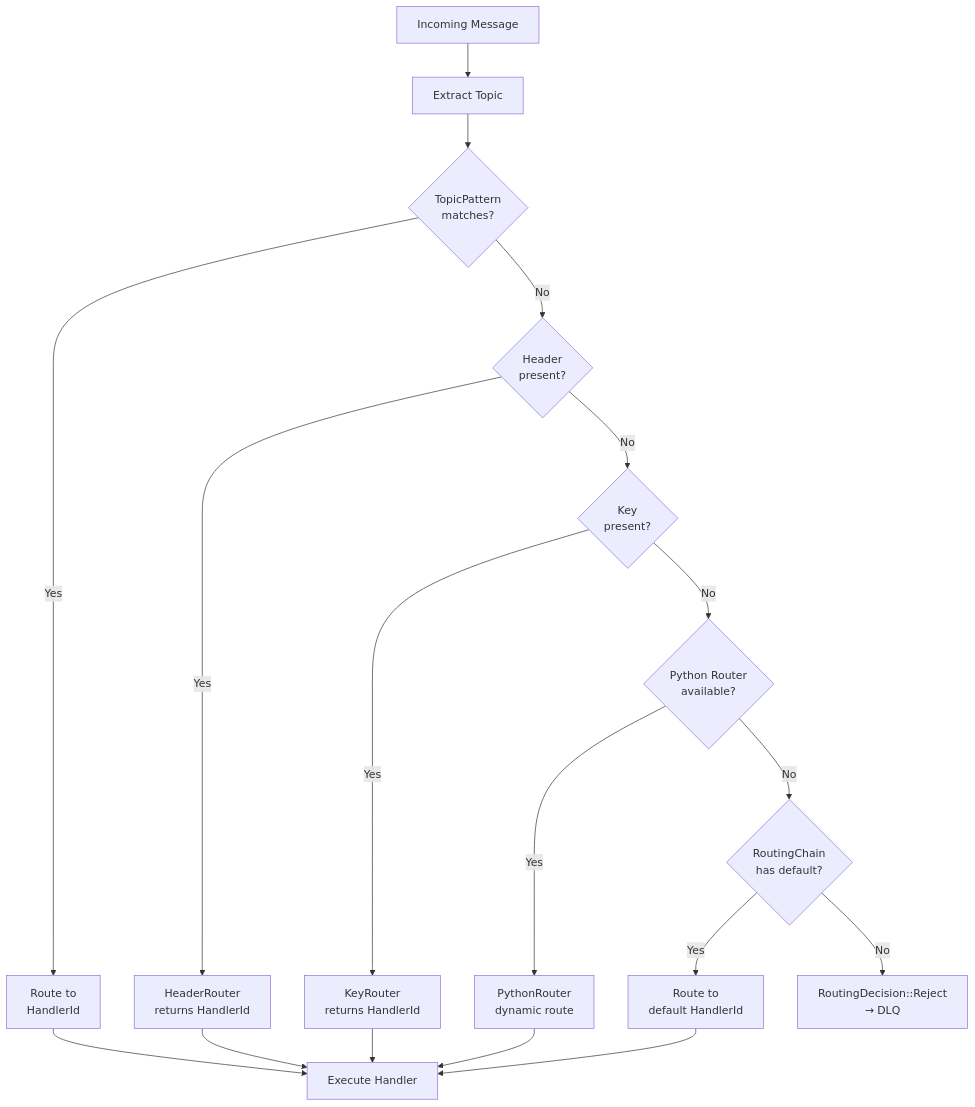
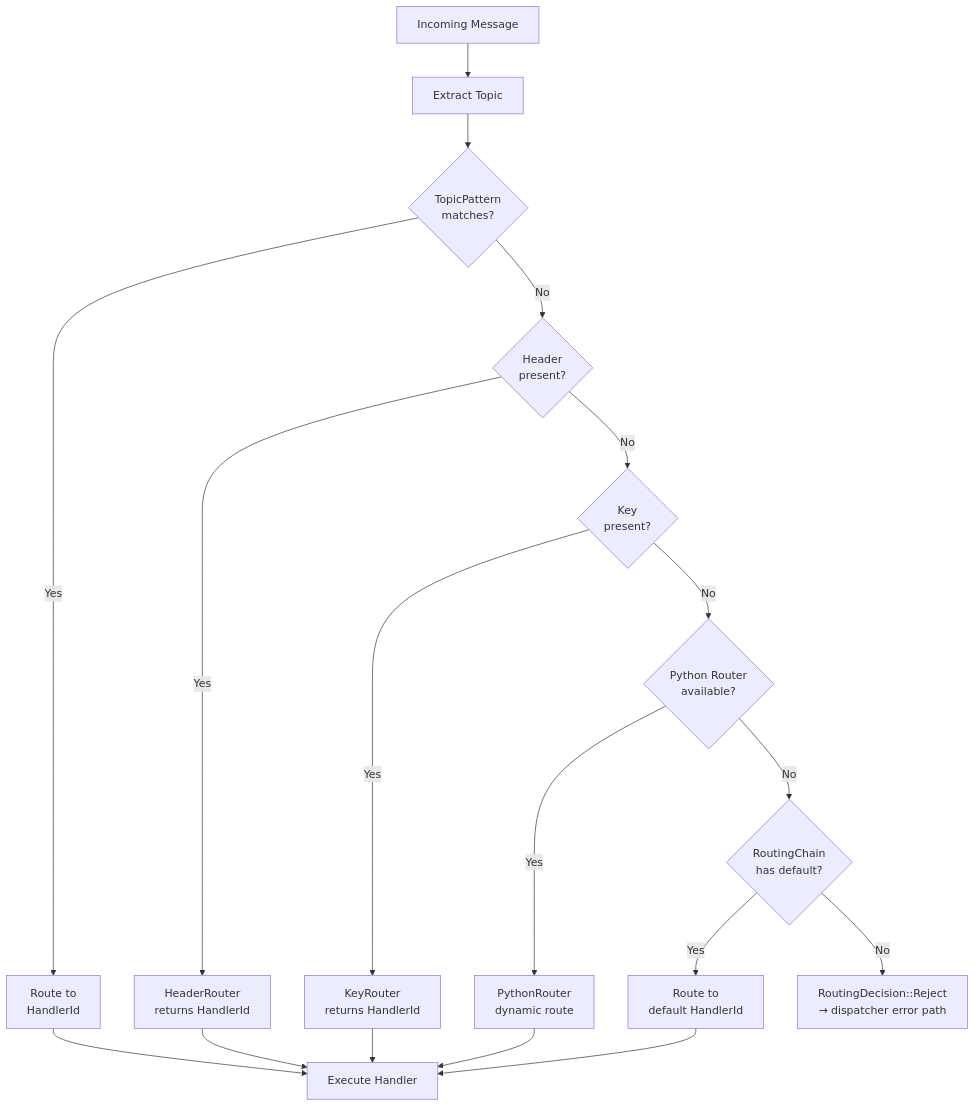
One commit to DVNghiem/KafPy changed the third of 5 diagrams in docs/architecture/message-flow.md. Above: the diagram before and after it, drawn with Mermaid. The commit also changed other lines of this file and 20 other files, not shown here.

````diff
--- a/docs/architecture/message-flow.md
+++ b/docs/architecture/message-flow.md
@@ -97,26 +97,26 @@
 ```mermaid
 flowchart TB
     MSG[Incoming Message] --> TOPIC[Extract Topic]
 
     TOPIC --> PATTERN{TopicPattern<br/>matches?}
     PATTERN -->|Yes| ROUTE_Pattern[Route to<br/>HandlerId]
     PATTERN -->|No| HEADER{Header<br/>present?}
 
     HEADER -->|Yes| HEADER_ROUTE[HeaderRouter<br/>returns HandlerId]
     HEADER -->|No| KEY{Key<br/>present?}
 
     KEY -->|Yes| KEY_ROUTE[KeyRouter<br/>returns HandlerId]
     KEY -->|No| PYTHON{Python Router<br/>available?}
 
     PYTHON -->|Yes| PY_ROUTE[PythonRouter<br/>dynamic route]
     PYTHON -->|No| DEFAULT{RoutingChain<br/>has default?}
 
     DEFAULT -->|Yes| DEFAULT_ROUTE[Route to<br/>default HandlerId]
-    DEFAULT -->|No| REJECT[RoutingDecision::Reject<br/>→ DLQ]
+    DEFAULT -->|No| REJECT[RoutingDecision::Reject<br/>→ dispatcher error path]
 
     ROUTE_Pattern --> DONE[Execute Handler]
     HEADER_ROUTE --> DONE
     KEY_ROUTE --> DONE
     PY_ROUTE --> DONE
     DEFAULT_ROUTE --> DONE
 ```
````
